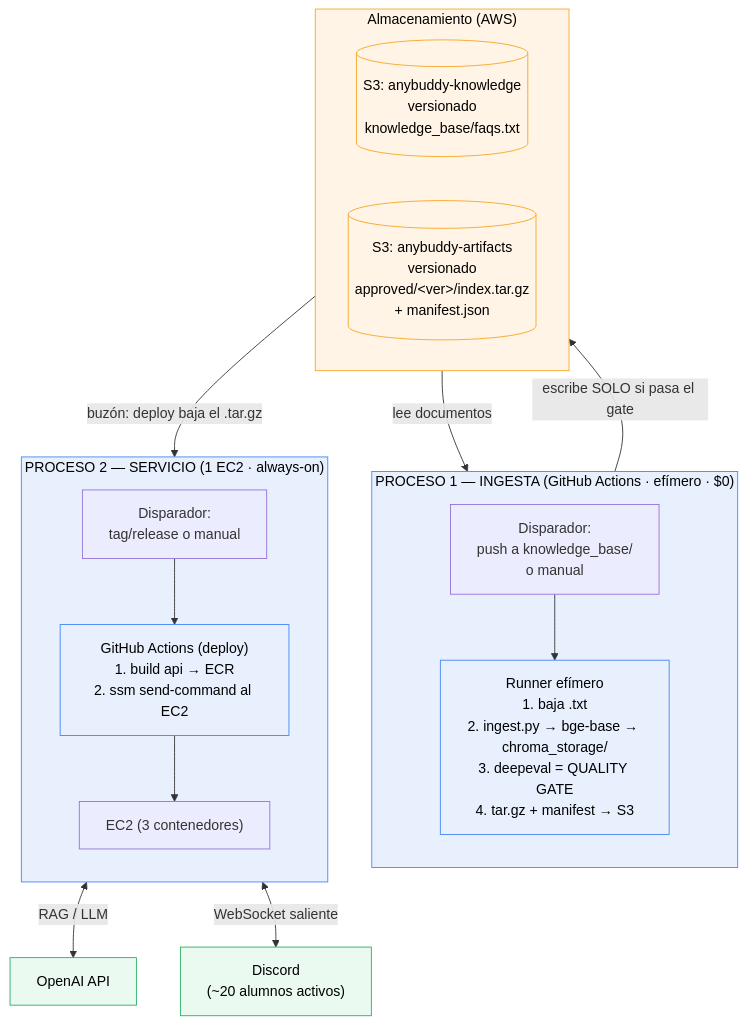
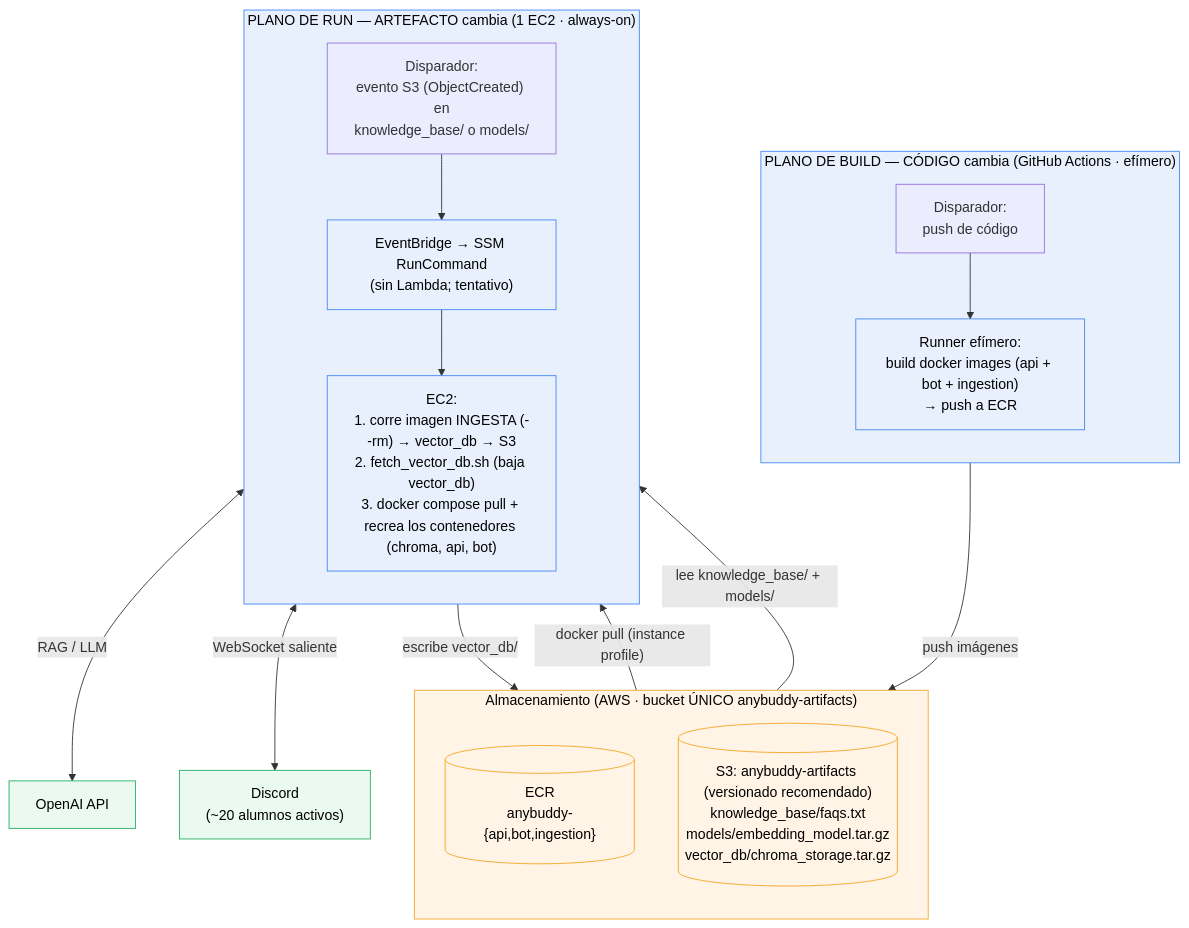
Before and after one commit to kevin-ja/anybuddy: the second of 4 diagrams in ARCHITECTURE.md, drawn with Mermaid. The commit also changed other lines of this file and 26 other files, not shown here.

Commit message:
Add Terraform Fase 0 (network/iam/compute) y docker-compose.prod; limpiar workflows viejos

````diff
--- a/ARCHITECTURE.md
+++ b/ARCHITECTURE.md
@@ -56,40 +62,41 @@
 ```mermaid
 flowchart TB
-    subgraph P1["PROCESO 1 — INGESTA (GitHub Actions · efímero · $0)"]
+    subgraph BUILD_PLANE["PLANO DE BUILD — CÓDIGO cambia (GitHub Actions · efímero)"]
         direction TB
-        TRG1["Disparador:<br/>push a knowledge_base/<br/>o manual"]
-        RUN["Runner efímero<br/>1. baja .txt<br/>2. ingest.py → bge-base → chroma_storage/<br/>3. deepeval = QUALITY GATE<br/>4. tar.gz + manifest → S3"]
-        TRG1 --> RUN
+        TRG0["Disparador:<br/>push de código"]
+        GHA["Runner efímero:<br/>build docker images (api + bot + ingestion)<br/>→ push a ECR"]
+        TRG0 --> GHA
     end
 
-    subgraph AWS_STORAGE["Almacenamiento (AWS)"]
-        direction LR
-        S3K[("S3: anybuddy-knowledge<br/>versionado<br/>knowledge_base/faqs.txt")]
-        S3A[("S3: anybuddy-artifacts<br/>versionado<br/>approved/&lt;ver&gt;/index.tar.gz<br/>+ manifest.json")]
+    subgraph AWS_STORAGE["Almacenamiento (AWS · bucket ÚNICO anybuddy-artifacts)"]
+        direction TB
+        ECR[("ECR<br/>anybuddy-{api,bot,ingestion}")]
+        S3[("S3: anybuddy-artifacts (versionado recomendado)<br/>knowledge_base/faqs.txt<br/>models/embedding_model.tar.gz<br/>vector_db/chroma_storage.tar.gz")]
     end
 
-    subgraph P2["PROCESO 2 — SERVICIO (1 EC2 · always-on)"]
+    subgraph RUN_PLANE["PLANO DE RUN — ARTEFACTO cambia (1 EC2 · always-on)"]
         direction TB
-        TRG2["Disparador:<br/>tag/release o manual"]
-        DEP["GitHub Actions (deploy)<br/>1. build api → ECR<br/>2. ssm send-command al EC2"]
-        EC2["EC2 (3 contenedores)"]
-        TRG2 --> DEP
+        TRG1["Disparador:<br/>evento S3 (ObjectCreated) en<br/>knowledge_base/ o models/"]
+        EVT["EventBridge → SSM RunCommand<br/>(sin Lambda; tentativo)"]
+        EC2["EC2:<br/>1. corre imagen INGESTA (--rm) → vector_db → S3<br/>2. fetch_vector_db.sh (baja vector_db)<br/>3. docker compose pull + recrea los contenedores (chroma, api, bot)"]
+        TRG1 --> EVT --> EC2
     end
 
     EXT["Discord<br/>(~20 alumnos activos)"]
     OAI["OpenAI API"]
 
-    S3K -- "lee documentos" --> RUN
-    RUN -- "escribe SOLO si pasa el gate" --> S3A
-    S3A -- "buzón: deploy baja el .tar.gz" --> DEP
-    DEP --> EC2
+    GHA -- "push imágenes" --> ECR
+    ECR -- "docker pull (instance profile)" --> EC2
+    S3 -- "lee knowledge_base/ + models/" --> EC2
+    EC2 -- "escribe vector_db/" --> S3
     EC2 <-- "RAG / LLM" --> OAI
     EC2 <-- "WebSocket saliente" --> EXT
 
     classDef ci fill:#e8f0fe,stroke:#4285f4,color:#000
     classDef store fill:#fff4e5,stroke:#f5a623,color:#000
     classDef ext fill:#eafaf1,stroke:#27ae60,color:#000
-    class P1,P2,RUN,DEP ci
-    class S3K,S3A,AWS_STORAGE store
+    class BUILD_PLANE,GHA ci
+    class RUN_PLANE,EVT,EC2 ci
+    class ECR,S3,AWS_STORAGE store
     class EXT,OAI ext
 ```
````
